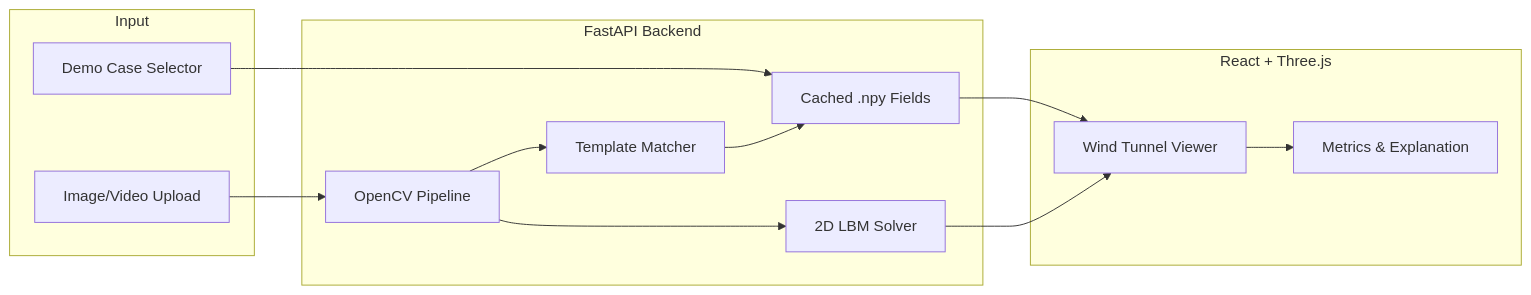
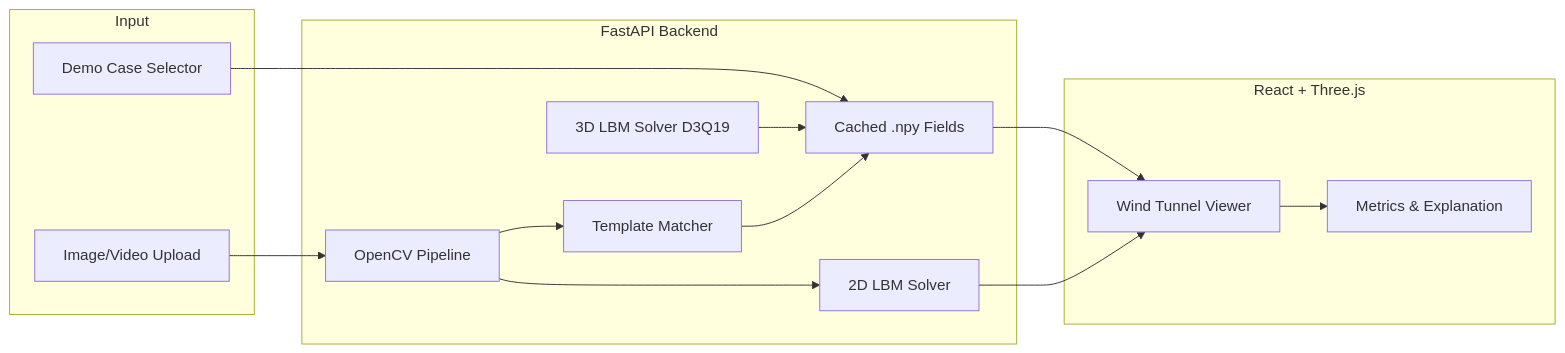
Before and after one commit to Yumekaz/AeroVoxel: the diagram in README.md, drawn with Mermaid. The commit also changed other lines of this file and 9 other files, not shown here.

Commit message:
impl: Phase 6 - FluidX3D / Real 3D LBM solver and preset integration

````diff
--- a/README.md
+++ b/README.md
@@ -51,27 +54,29 @@
 ```mermaid
 flowchart LR
     subgraph Input
         A[Demo Case Selector]
         B[Image/Video Upload]
     end
 
     subgraph Backend["FastAPI Backend"]
         C[OpenCV Pipeline]
         D[Template Matcher]
         E[2D LBM Solver]
+        E2[3D LBM Solver D3Q19]
         F[Cached .npy Fields]
     end
 
     subgraph Frontend["React + Three.js"]
         G[Wind Tunnel Viewer]
         H[Metrics & Explanation]
     end
 
     A --> F
     B --> C --> D
     C --> E
     D --> F
     E --> G
+    E2 --> F
     F --> G
     G --> H
 ```
````
